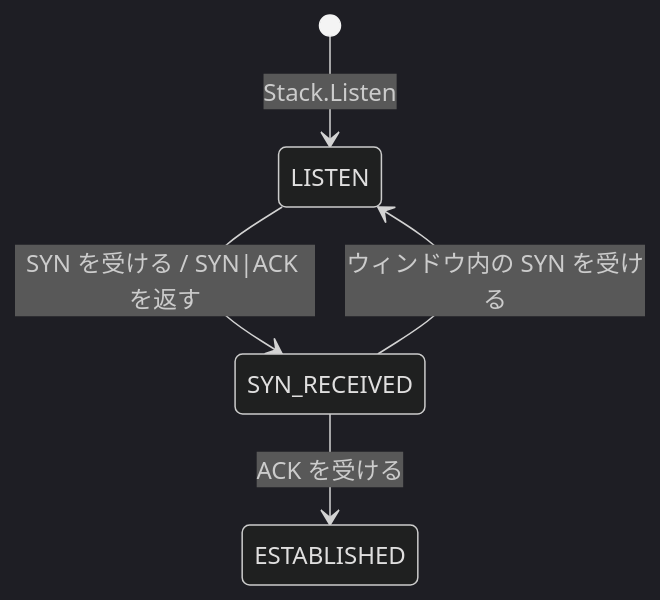
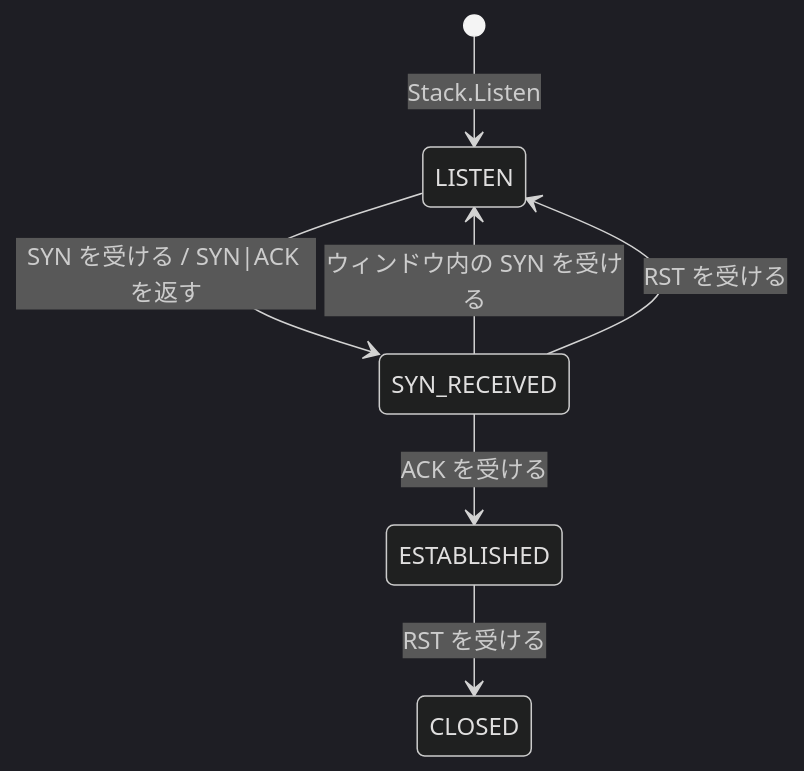
Before and after one commit to no2ca/go-tuntcp: the third of 3 diagrams in internal/stack/README.md, drawn with Mermaid (dark theme). The commit also changed other lines of this file and 5 other files, not shown here.

````diff
--- a/internal/stack/README.md
+++ b/internal/stack/README.md
@@ -61,7 +69,9 @@
 ```mermaid
 stateDiagram-v2
     [*] --> LISTEN: Stack.Listen
     LISTEN --> SYN_RECEIVED: SYN を受ける / SYN|ACK を返す
     SYN_RECEIVED --> ESTABLISHED: ACK を受ける
     SYN_RECEIVED --> LISTEN: ウィンドウ内の SYN を受ける
+    SYN_RECEIVED --> LISTEN: RST を受ける
+    ESTABLISHED --> CLOSED: RST を受ける
 ```
````
